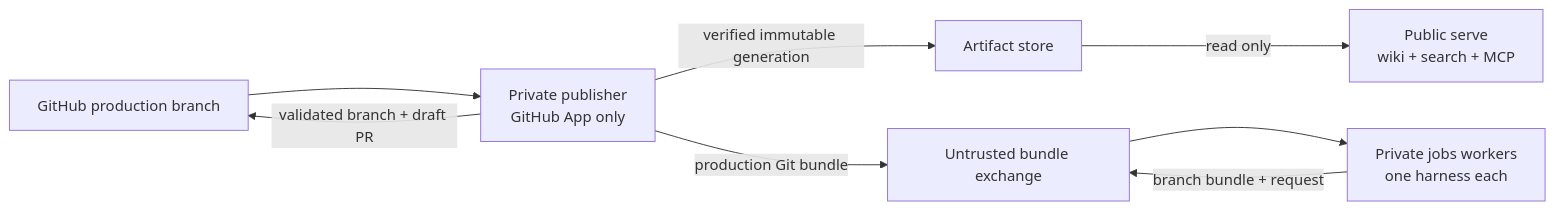
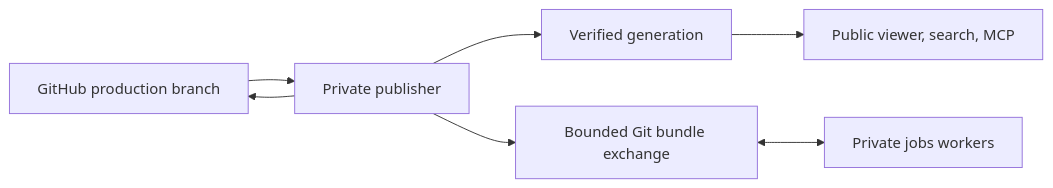
Before and after one commit to openknowledge-sh/openknowledge: the diagram in Wiki/features/commands/runtime.md, drawn with Mermaid. The commit also changed other lines of this file and 53 other files, not shown here.

````diff
--- a/Wiki/features/commands/runtime.md
+++ b/Wiki/features/commands/runtime.md
@@ -19,10 +19,9 @@
 ```mermaid
 flowchart LR
-  GitHub["GitHub production branch"] --> Publisher["Private publisher<br/>GitHub App only"]
-  Publisher -->|"verified immutable generation"| Artifacts["Artifact store"]
-  Artifacts -->|"read only"| Serve["Public serve<br/>wiki + search + MCP"]
-  Publisher -->|"production Git bundle"| Exchange["Untrusted bundle exchange"]
-  Exchange --> Jobs["Private jobs workers<br/>one harness each"]
-  Jobs -->|"branch bundle + request"| Exchange
-  Publisher -->|"validated branch + draft PR"| GitHub
+  GitHub["GitHub production branch"] --> Publisher["Private publisher"]
+  Publisher --> Artifacts["Verified generation"]
+  Artifacts --> Serve["Public viewer, search, MCP"]
+  Publisher --> Exchange["Bounded Git bundle exchange"]
+  Exchange <--> Jobs["Private jobs workers"]
+  Publisher --> GitHub
 ```
````
